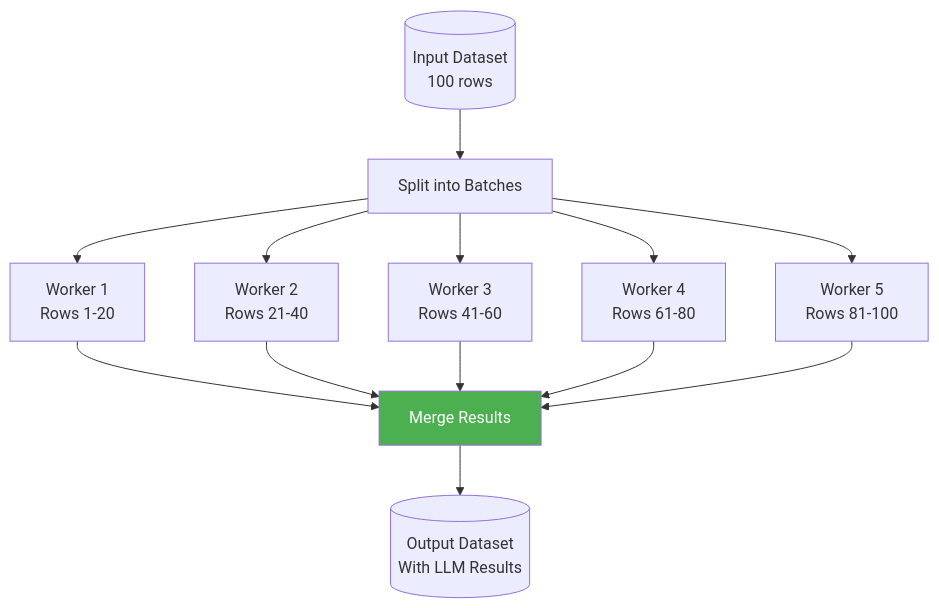
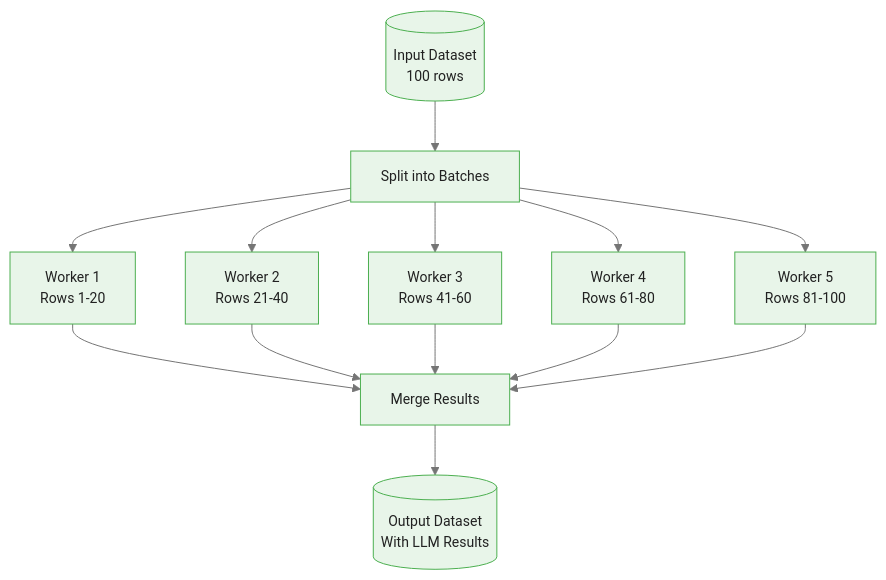
Before and after one commit to m-deane/course-creator: the fifth of 5 diagrams in courses/dataiku-genai/modules/module_01_prompts/guides/02_template_variables_slides.md, drawn with Mermaid. The commit also changed other lines of this file and 54 other files, not shown here.

````diff
--- a/courses/dataiku-genai/modules/module_01_prompts/guides/02_template_variables_slides.md
+++ b/courses/dataiku-genai/modules/module_01_prompts/guides/02_template_variables_slides.md
@@ -434,19 +437,18 @@
 ```mermaid
+%%{init: {"theme": "base", "themeVariables": {"primaryColor": "#e8f5e9", "primaryBorderColor": "#4caf50", "primaryTextColor": "#212121", "secondaryColor": "#e3f2fd", "tertiaryColor": "#fff8e1", "lineColor": "#757575", "fontFamily": "Inter, sans-serif", "fontSize": "14px"}}}%%
 flowchart TB
     DS[(Input Dataset<br/>100 rows)] --> SPLIT[Split into Batches]
     SPLIT --> W1[Worker 1<br/>Rows 1-20]
     SPLIT --> W2[Worker 2<br/>Rows 21-40]
     SPLIT --> W3[Worker 3<br/>Rows 41-60]
     SPLIT --> W4[Worker 4<br/>Rows 61-80]
     SPLIT --> W5[Worker 5<br/>Rows 81-100]
 
     W1 --> MERGE[Merge Results]
     W2 --> MERGE
     W3 --> MERGE
     W4 --> MERGE
     W5 --> MERGE
 
     MERGE --> OUT[(Output Dataset<br/>With LLM Results)]
-
-    style MERGE fill:#4CAF50,color:#fff
 ```
````
